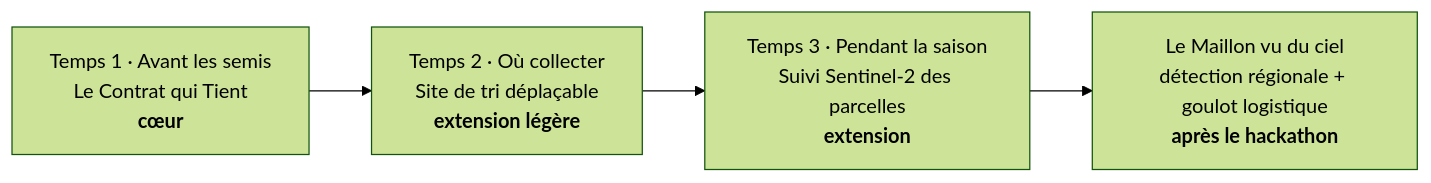
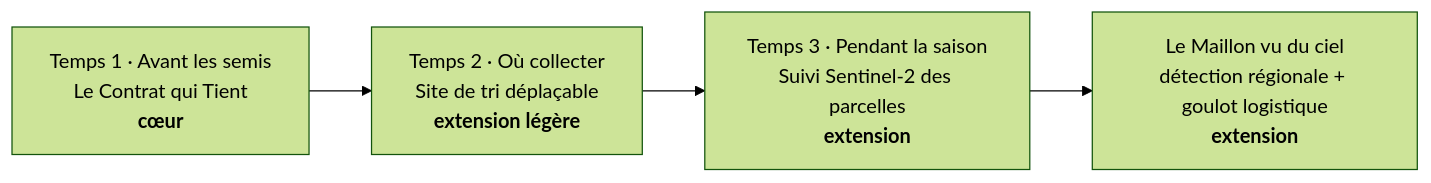
The first of 2 diagrams in docs/ROADMAP.md (nassim-arifette/hackthefork-hackathon), drawn with Mermaid (forest theme) before and after one commit. The commit also changed other lines of this file, not shown here.

First line of the commit message:
Feuille de route : tout est à faire pendant l'événement, plus de « après le hackathon »

````diff
--- a/docs/ROADMAP.md
+++ b/docs/ROADMAP.md
@@ -5,6 +5,6 @@
 ```mermaid
 flowchart LR
   T1["Temps 1 · Avant les semis<br/>Le Contrat qui Tient<br/><b>cœur</b>"] --> T2["Temps 2 · Où collecter<br/>Site de tri déplaçable<br/><b>extension légère</b>"]
   T2 --> T3["Temps 3 · Pendant la saison<br/>Suivi Sentinel-2 des parcelles<br/><b>extension</b>"]
-  T3 --> MV["Le Maillon vu du ciel<br/>détection régionale + goulot logistique<br/><b>après le hackathon</b>"]
+  T3 --> MV["Le Maillon vu du ciel<br/>détection régionale + goulot logistique<br/><b>extension</b>"]
 ```
````
